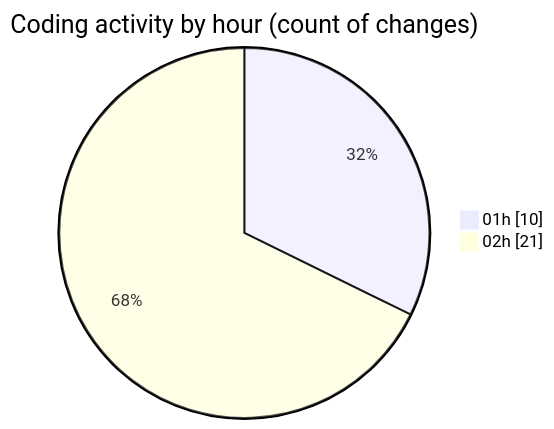
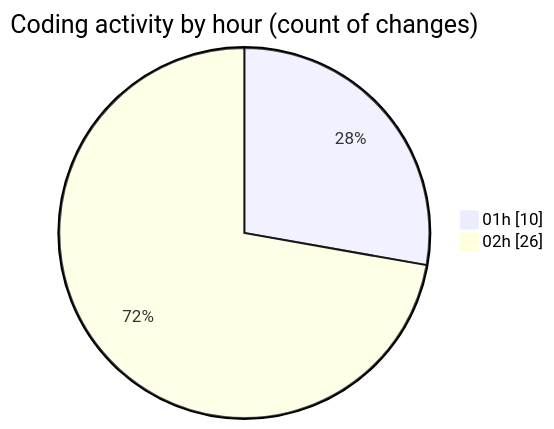
One commit to julien-gomy/code-tracking changed the second of 2 diagrams in 2025-11-21/eventscop-frontend-guide__workspace_/README.md. Above: the diagram before and after it, drawn with Mermaid. The commit also changed other lines of this file and 1 other file, not shown here.

````diff
--- a/2025-11-21/eventscop-frontend-guide__workspace_/README.md
+++ b/2025-11-21/eventscop-frontend-guide__workspace_/README.md
@@ -47,6 +48,6 @@
 ```mermaid
 pie showData
 title Coding activity by hour (count of changes)
 "01h" : 10
-"02h" : 21
+"02h" : 26
 ```
````
